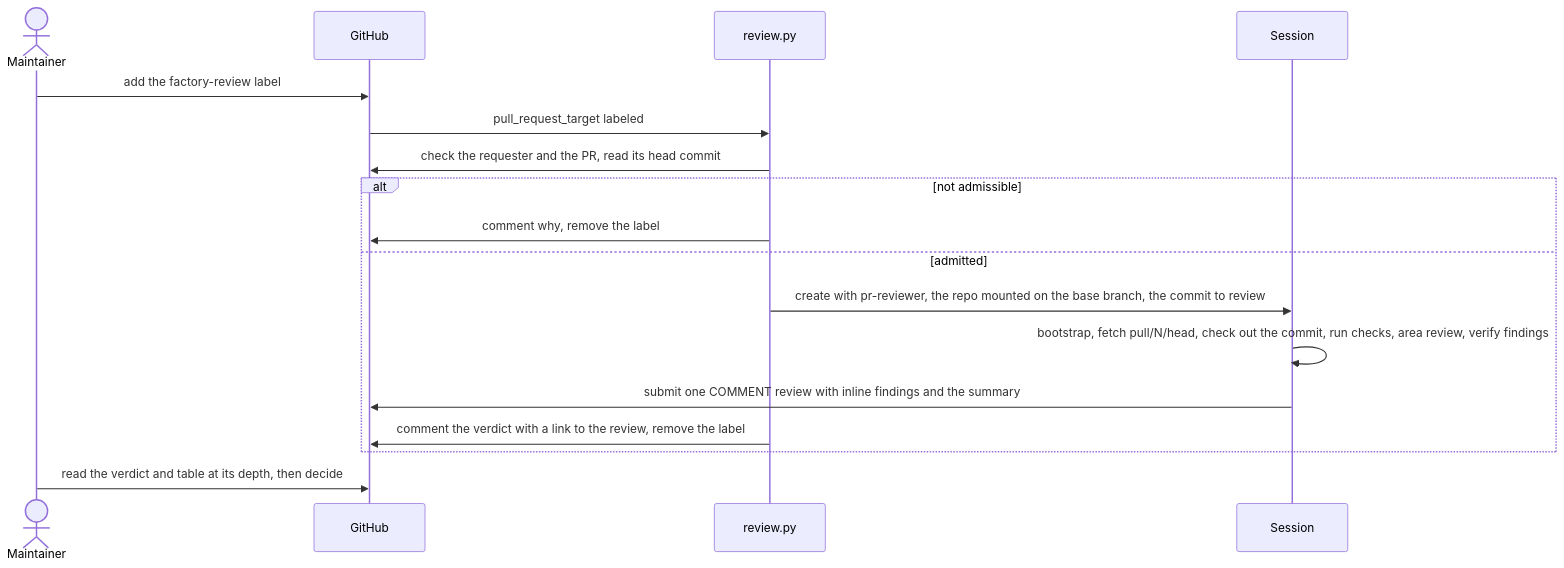
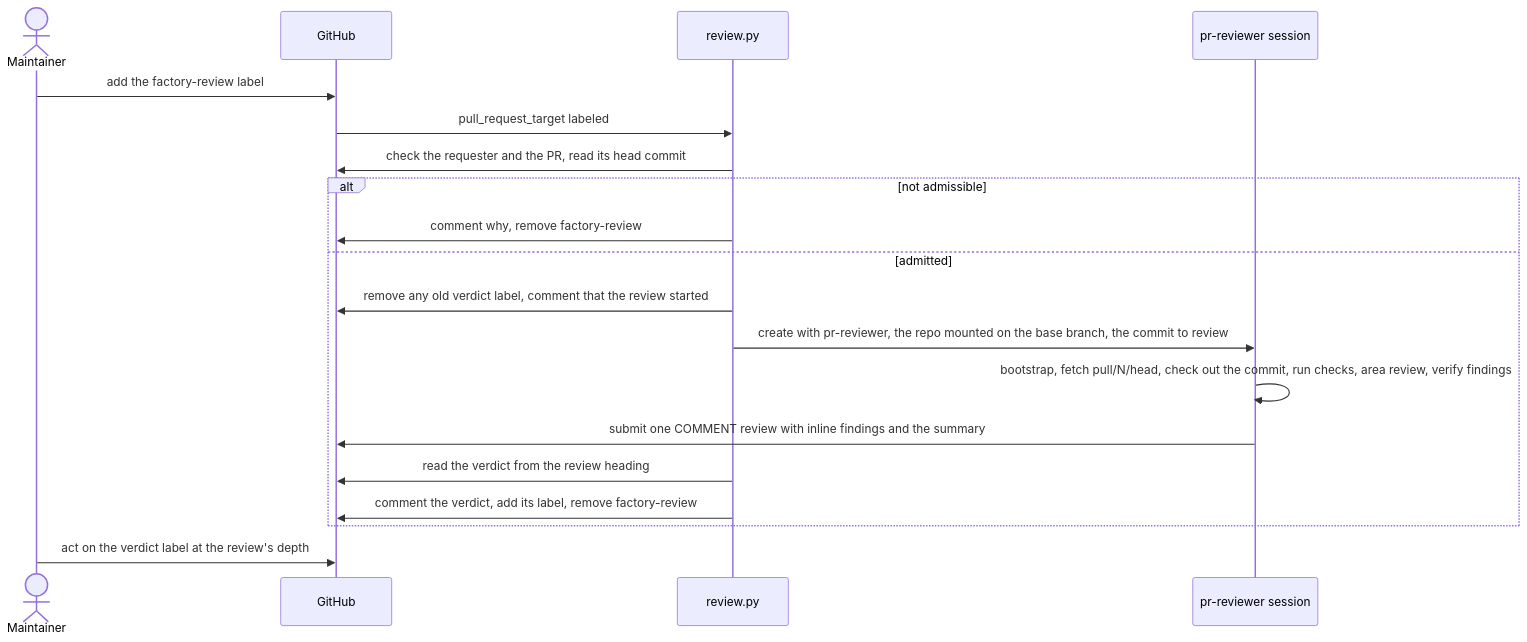
One commit to Arize-ai/phoenix changed the third of 4 diagrams in factory/README.md. Above: the diagram before and after it, drawn with Mermaid. The commit also changed other lines of this file and 1 other file, not shown here.

First line of the commit message:
feat(factory): label PRs with the factory review's verdict (#17487)

````diff
--- a/factory/README.md
+++ b/factory/README.md
@@ -126,20 +160,22 @@
 ```mermaid
 sequenceDiagram
   actor maintainer as Maintainer
   participant github as GitHub
   participant review as review.py
-  participant session as Session
+  participant session as pr-reviewer session
 
   maintainer->>github: add the factory-review label
   github->>review: pull_request_target labeled
   review->>github: check the requester and the PR, read its head commit
   alt not admissible
-    review->>github: comment why, remove the label
+    review->>github: comment why, remove factory-review
   else admitted
+    review->>github: remove any old verdict label, comment that the review started
     review->>session: create with pr-reviewer, the repo mounted on the base branch, the commit to review
     session->>session: bootstrap, fetch pull/N/head, check out the commit, run checks, area review, verify findings
     session->>github: submit one COMMENT review with inline findings and the summary
-    review->>github: comment the verdict with a link to the review, remove the label
+    review->>github: read the verdict from the review heading
+    review->>github: comment the verdict, add its label, remove factory-review
   end
-  maintainer->>github: read the verdict and table at its depth, then decide
+  maintainer->>github: act on the verdict label at the review's depth
 ```
````
